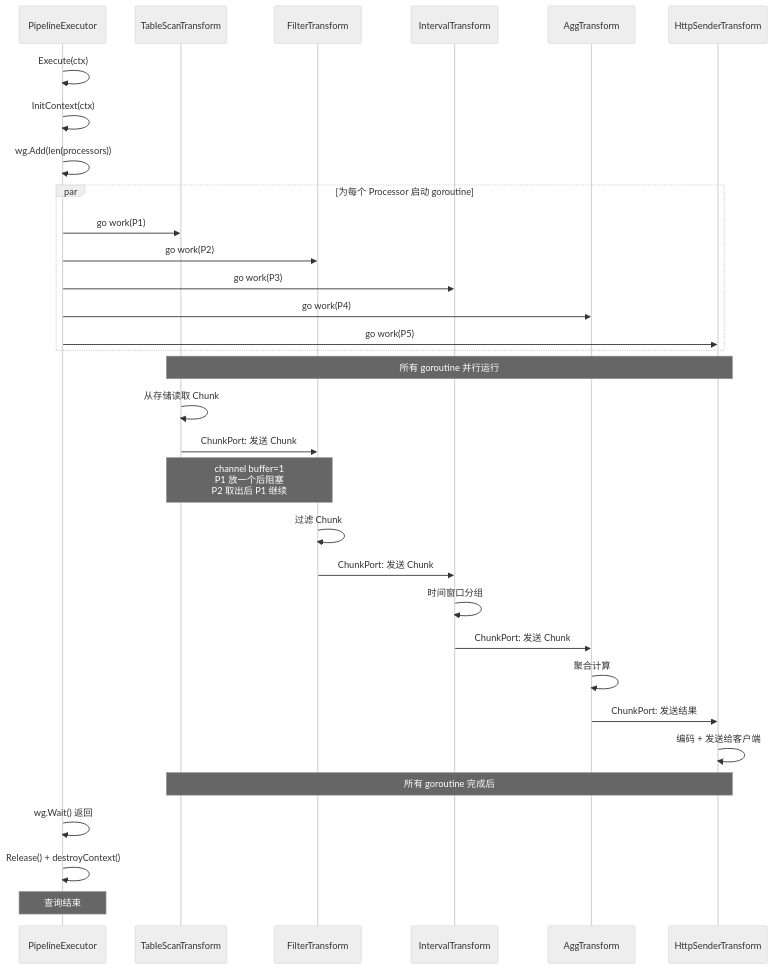
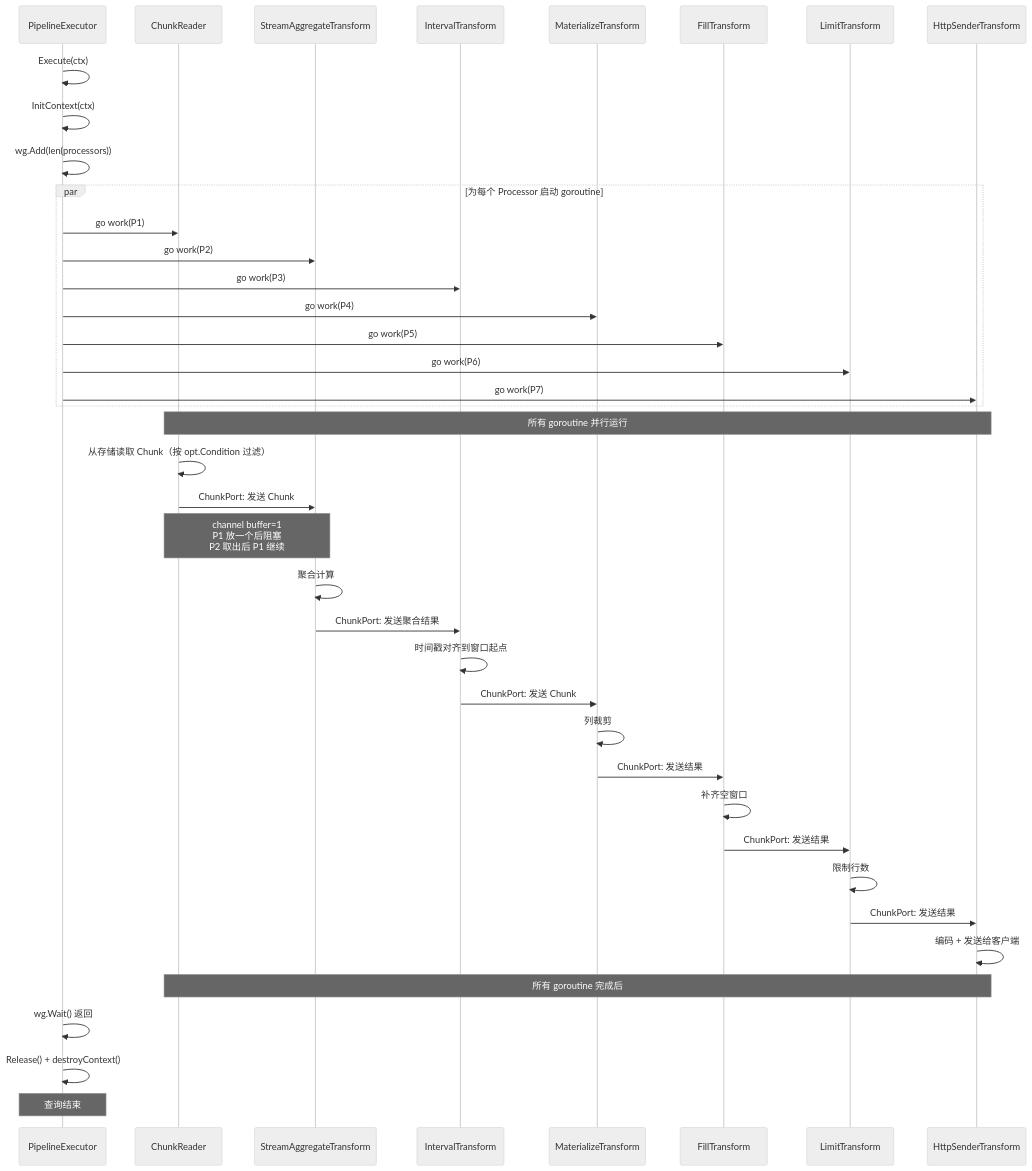
Diagram 20 of 33 in docs/specs/03_query_engine_spec.md (stefanv5/openGemini), drawn with Mermaid (neutral theme) before and after one commit. The commit also changed other lines of this file and 37 other files, not shown here.

````diff
--- a/docs/specs/03_query_engine_spec.md
+++ b/docs/specs/03_query_engine_spec.md
@@ -1758,44 +1860,54 @@
 ```mermaid
 sequenceDiagram
     participant Main as PipelineExecutor
-    participant P1 as TableScanTransform
-    participant P2 as FilterTransform
+    participant P1 as ChunkReader
+    participant P2 as StreamAggregateTransform
     participant P3 as IntervalTransform
-    participant P4 as AggTransform
-    participant P5 as HttpSenderTransform
+    participant P4 as MaterializeTransform
+    participant P5 as FillTransform
+    participant P6 as LimitTransform
+    participant P7 as HttpSenderTransform
 
     Main->>Main: Execute(ctx)
     Main->>Main: InitContext(ctx)
 
     Main->>Main: wg.Add(len(processors))
 
     par 为每个 Processor 启动 goroutine
         Main->>P1: go work(P1)
         Main->>P2: go work(P2)
         Main->>P3: go work(P3)
         Main->>P4: go work(P4)
         Main->>P5: go work(P5)
+        Main->>P6: go work(P6)
+        Main->>P7: go work(P7)
     end
 
-    Note over P1,P5: 所有 goroutine 并行运行
+    Note over P1,P7: 所有 goroutine 并行运行
 
-    P1->>P1: 从存储读取 Chunk
+    P1->>P1: 从存储读取 Chunk（按 opt.Condition 过滤）
     P1->>P2: ChunkPort: 发送 Chunk
     Note over P1,P2: channel buffer=1<br/>P1 放一个后阻塞<br/>P2 取出后 P1 继续
 
-    P2->>P2: 过滤 Chunk
-    P2->>P3: ChunkPort: 发送 Chunk
+    P2->>P2: 聚合计算
+    P2->>P3: ChunkPort: 发送聚合结果
 
-    P3->>P3: 时间窗口分组
+    P3->>P3: 时间戳对齐到窗口起点
     P3->>P4: ChunkPort: 发送 Chunk
 
-    P4->>P4: 聚合计算
+    P4->>P4: 列裁剪
     P4->>P5: ChunkPort: 发送结果
 
-    P5->>P5: 编码 + 发送给客户端
+    P5->>P5: 补齐空窗口
+    P5->>P6: ChunkPort: 发送结果
 
-    Note over P1,P5: 所有 goroutine 完成后
+    P6->>P6: 限制行数
+    P6->>P7: ChunkPort: 发送结果
+
+    P7->>P7: 编码 + 发送给客户端
+
+    Note over P1,P7: 所有 goroutine 完成后
     Main->>Main: wg.Wait() 返回
     Main->>Main: Release() + destroyContext()
     Note over Main: 查询结束
 ```
````
